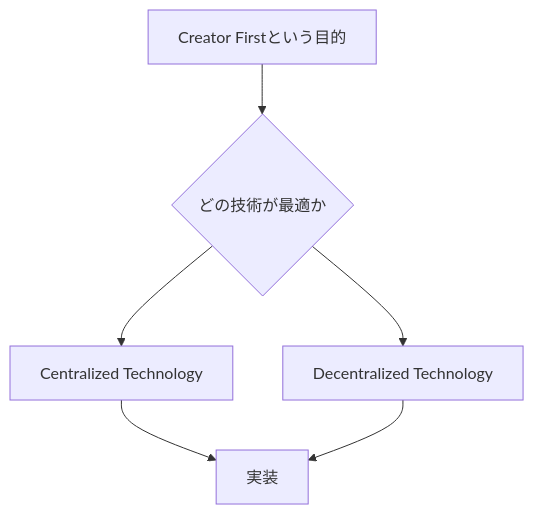
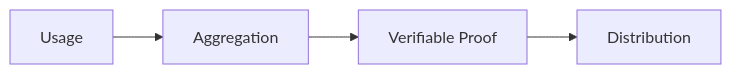
One commit to ShigeichiroYamasaki/creator-first-platform changed diagram 16 of 17 in docs/whitepaper/01-vision.md. Above: the diagram before and after it, drawn with Mermaid. The commit also changed other lines of this file and 1 other file, not shown here.

````diff
--- a/docs/whitepaper/01-vision.md
+++ b/docs/whitepaper/01-vision.md
@@ -281,9 +446,9 @@
 ```mermaid
-flowchart TD
-    GOAL[Creator Firstという目的]
-    GOAL --> Q{どの技術が最適か}
-    Q --> CEN[Centralized Technology]
-    Q --> DEC[Decentralized Technology]
-    CEN --> SYS[実装]
-    DEC --> SYS
+flowchart LR
+    USE[Usage]
+    AGG[Aggregation]
+    PROOF[Verifiable Proof]
+    DIST[Distribution]
+
+    USE --> AGG --> PROOF --> DIST
 ```
````
